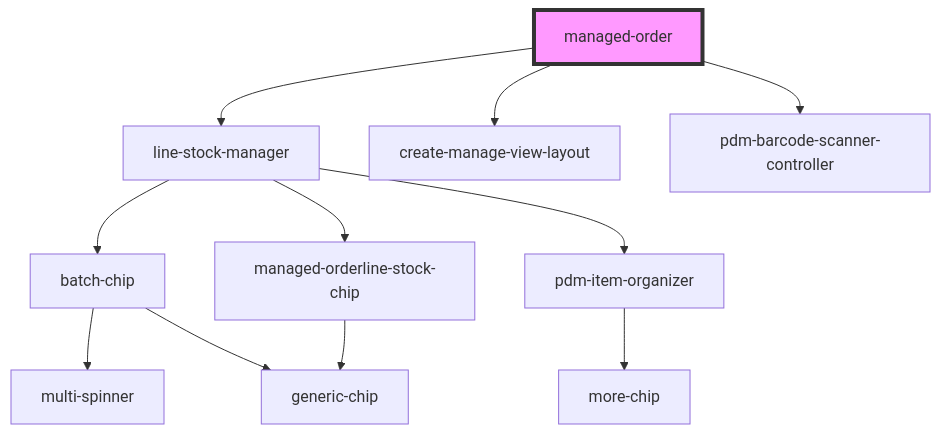
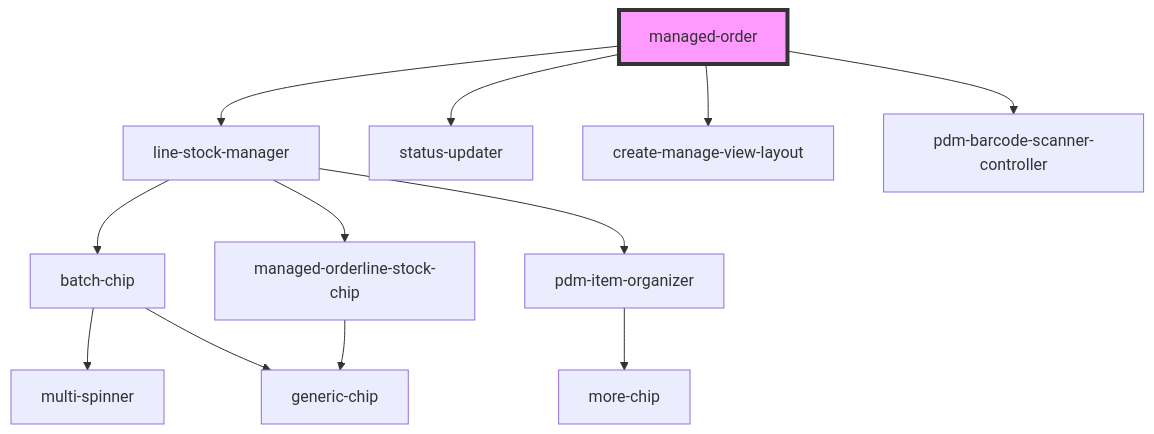
Before and after one commit to PharmaLedger-IMI/fgt-workspace: the diagram in pdm-web-components/src/components/managed-order/readme.md, drawn with Mermaid. The commit also changed other lines of this file and 34 other files, not shown here.

````diff
--- a/pdm-web-components/src/components/managed-order/readme.md
+++ b/pdm-web-components/src/components/managed-order/readme.md
@@ -99,14 +100,15 @@
 ```mermaid
 graph TD;
   managed-order --> line-stock-manager
+  managed-order --> status-updater
   managed-order --> create-manage-view-layout
   managed-order --> pdm-barcode-scanner-controller
   line-stock-manager --> batch-chip
   line-stock-manager --> managed-orderline-stock-chip
   line-stock-manager --> pdm-item-organizer
   batch-chip --> multi-spinner
   batch-chip --> generic-chip
   managed-orderline-stock-chip --> generic-chip
   pdm-item-organizer --> more-chip
   style managed-order fill:#f9f,stroke:#333,stroke-width:4px
 ```
````
